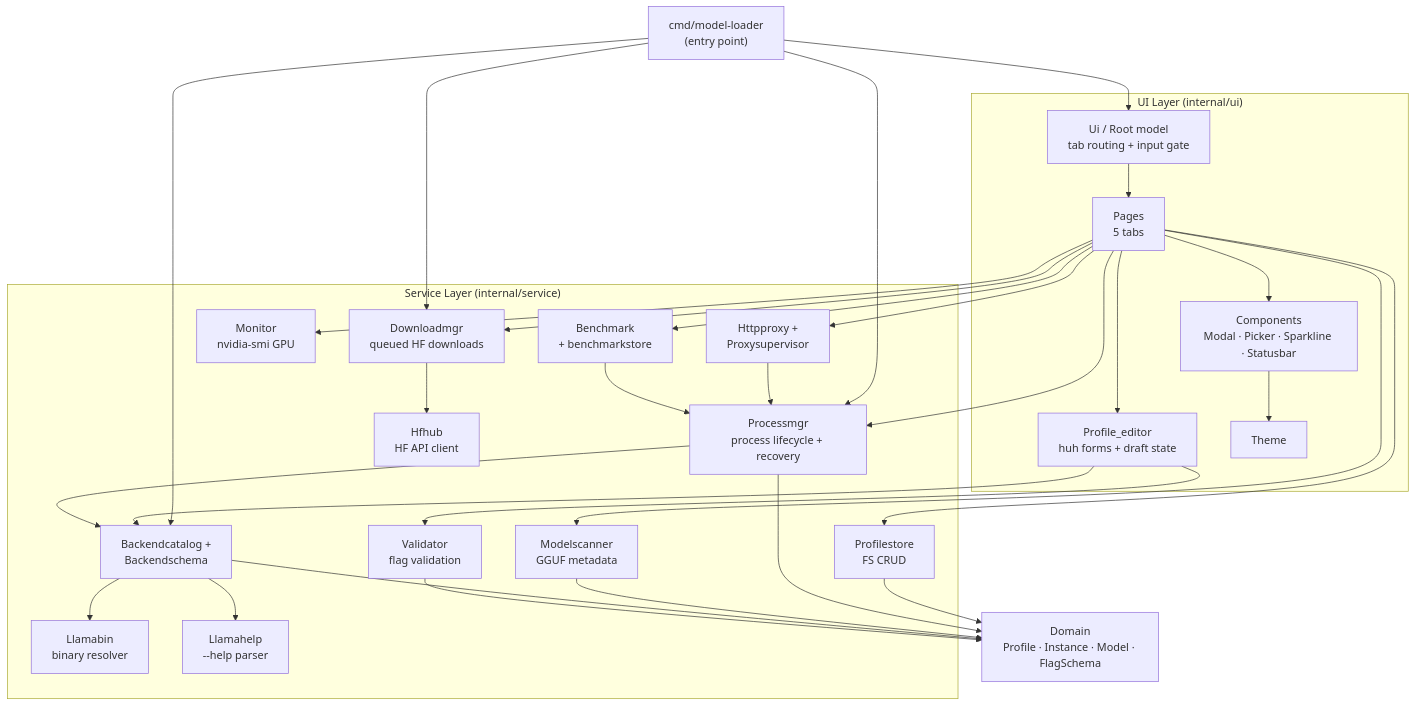
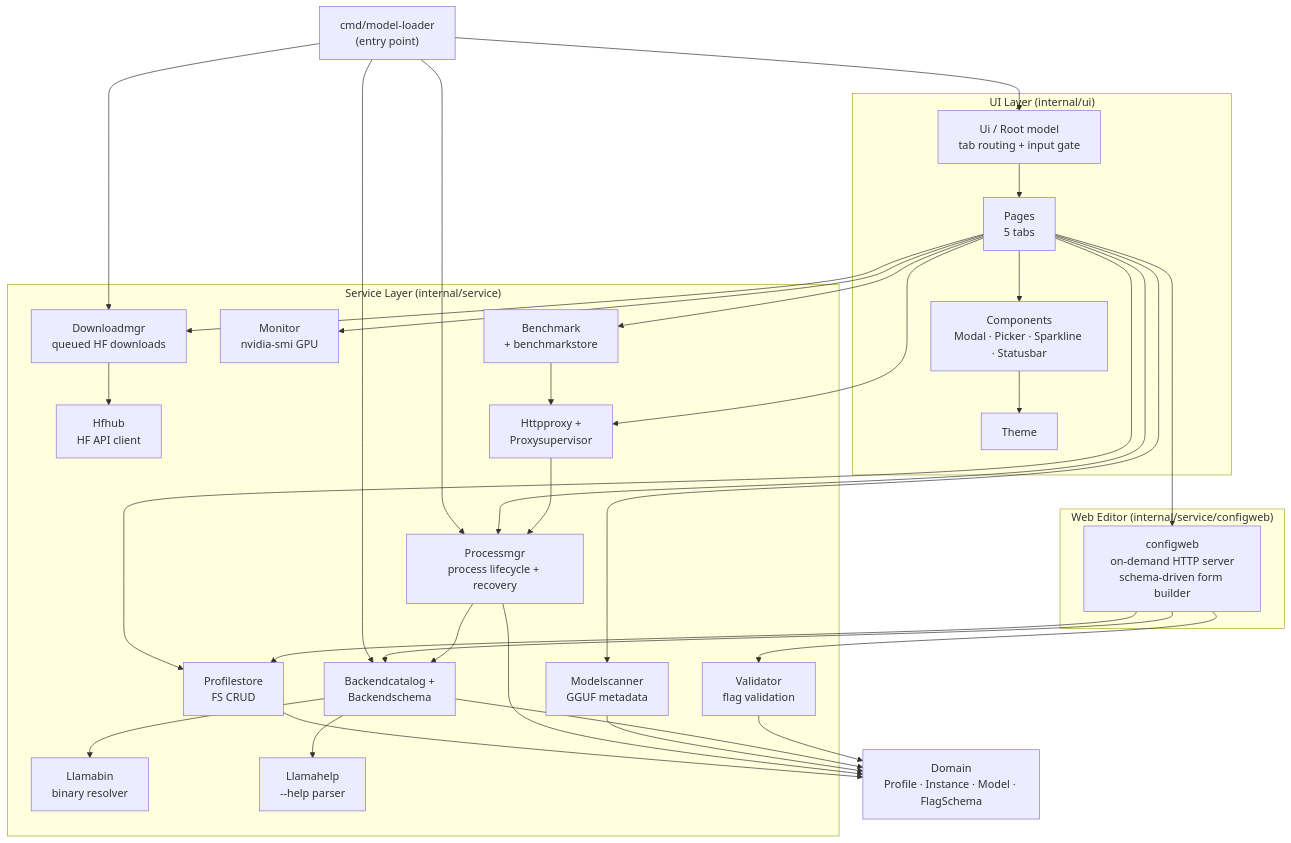
The diagram in ARCHITECTURE.md (quantmind-br/model-loader), drawn with Mermaid before and after one commit. The commit also changed other lines of this file and 1 other file, not shown here.

First line of the commit message:
docs: refresh GitNexus-generated architecture stats

````diff
--- a/ARCHITECTURE.md
+++ b/ARCHITECTURE.md
@@ -125,62 +129,67 @@
 ```mermaid
 graph TD
     Main["cmd/model-loader<br/>(entry point)"]
 
     subgraph UI["UI Layer (internal/ui)"]
         Root["Ui / Root model<br/>tab routing + input gate"]
         Pages["Pages<br/>5 tabs"]
-        Editor["Profile_editor<br/>huh forms + draft state"]
         Components["Components<br/>Modal · Picker · Sparkline · Statusbar"]
         Theme["Theme"]
+    end
+
+    subgraph Web["Web Editor (internal/service/configweb)"]
+        ConfigWeb["configweb<br/>on-demand HTTP server<br/>schema-driven form builder"]
     end
 
     subgraph Services["Service Layer (internal/service)"]
         ProcMgr["Processmgr<br/>process lifecycle + recovery"]
         ProfStore["Profilestore<br/>FS CRUD"]
         DownloadMgr["Downloadmgr<br/>queued HF downloads"]
         HfHub["Hfhub<br/>HF API client"]
         ModelScan["Modelscanner<br/>GGUF metadata"]
         Monitor["Monitor<br/>nvidia-smi GPU"]
         Proxy["Httpproxy +<br/>Proxysupervisor"]
         Catalog["Backendcatalog +<br/>Backendschema"]
         LlamaBin["Llamabin<br/>binary resolver"]
         LlamaHelp["Llamahelp<br/>--help parser"]
         Validator["Validator<br/>flag validation"]
         BenchmarkSvc["Benchmark<br/>+ benchmarkstore"]
     end
 
     Domain["Domain<br/>Profile · Instance · Model · FlagSchema"]
 
     Main --> Root
     Main --> DownloadMgr
     Main --> ProcMgr
     Main --> Catalog
 
     Root --> Pages
-    Pages --> Editor
     Pages --> Components
     Components --> Theme
 
     Pages --> ProfStore
     Pages --> DownloadMgr
     Pages --> ModelScan
     Pages --> ProcMgr
     Pages --> Monitor
     Pages --> Proxy
     Pages --> BenchmarkSvc
+    Pages --> ConfigWeb
 
-    Editor --> Validator
-    Editor --> Catalog
+    ConfigWeb --> ProfStore
+    ConfigWeb --> Catalog
+    ConfigWeb --> Validator
+
     DownloadMgr --> HfHub
     ProcMgr --> Catalog
     Catalog --> LlamaBin
     Catalog --> LlamaHelp
     Proxy --> ProcMgr
-    BenchmarkSvc --> ProcMgr
+    BenchmarkSvc --> Proxy
 
     ProfStore --> Domain
     ProcMgr --> Domain
     ModelScan --> Domain
     Catalog --> Domain
     Validator --> Domain
 ```
````
